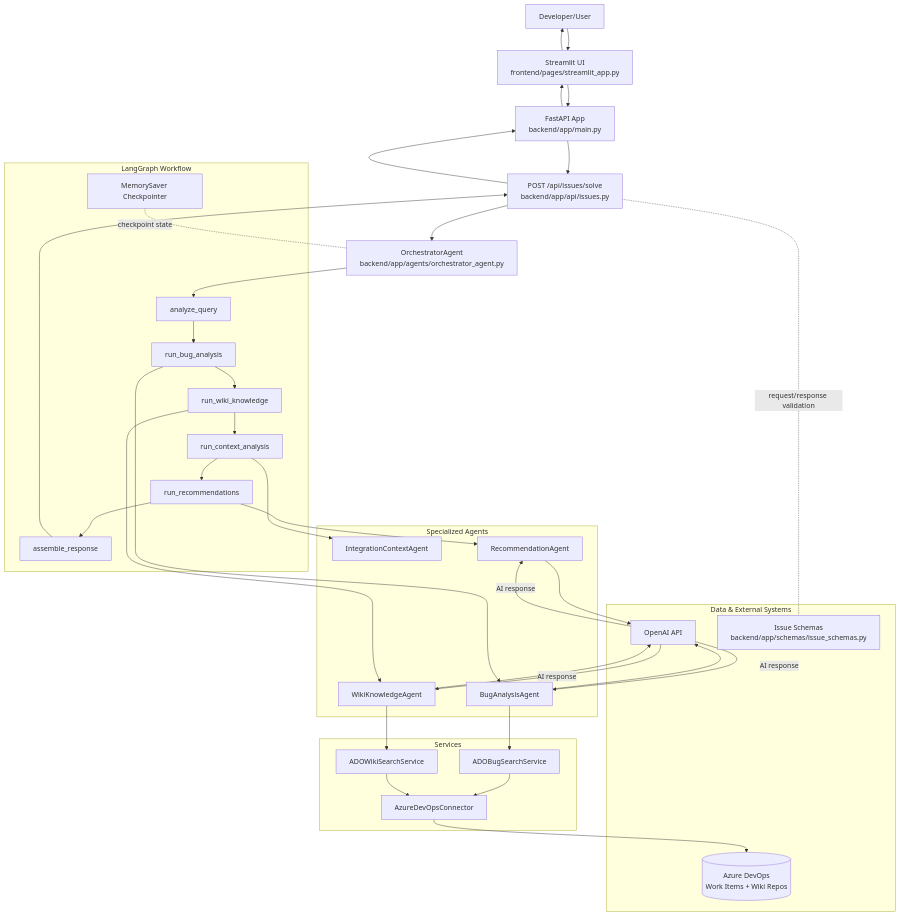
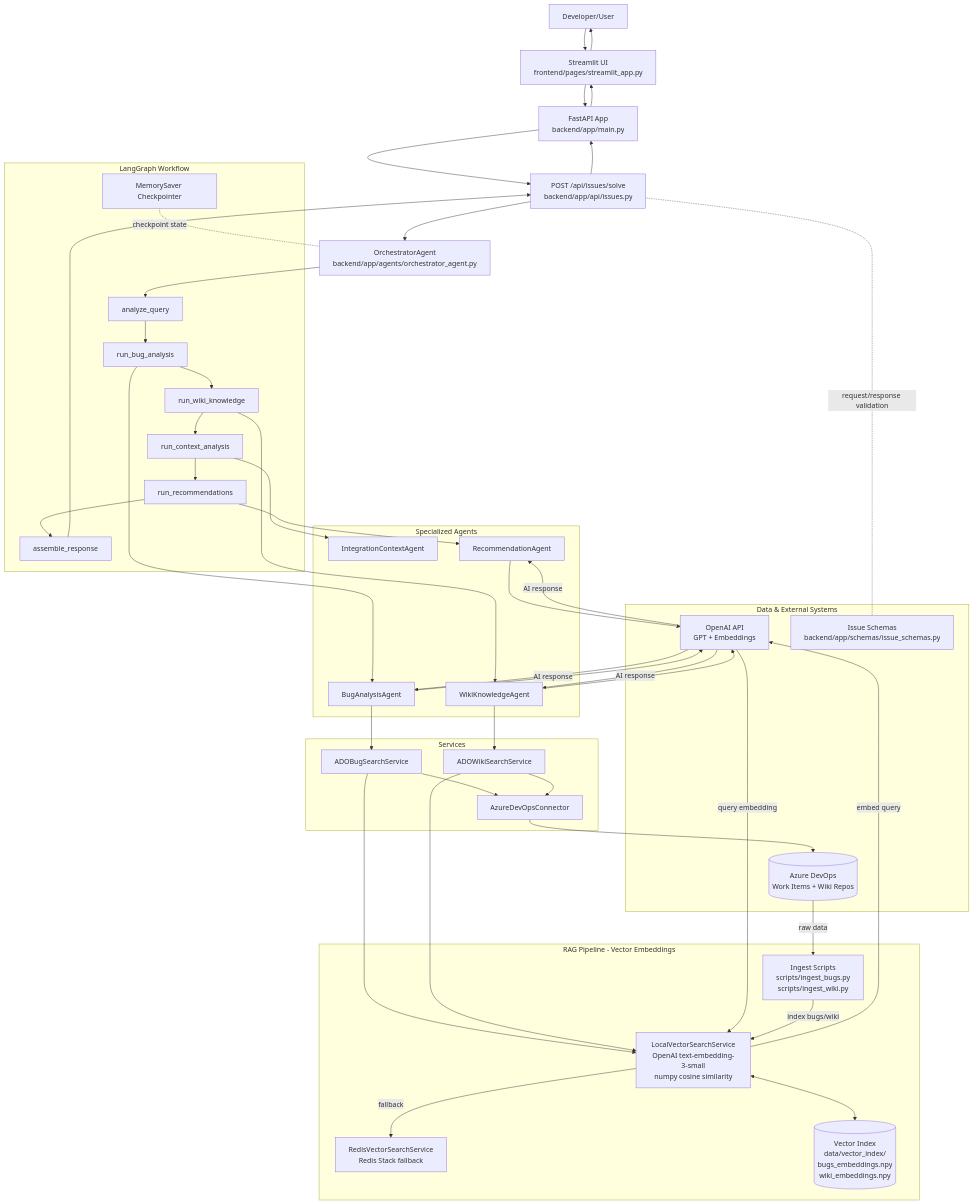
One commit to mbighane/ErrorLens--AI-Powered-Issue-Advisor changed the diagram in README.md. Above: the diagram before and after it, drawn with Mermaid. The commit also changed 1 other file, not shown here.

Commit message:
Add RAG pipeline and vector embeddings to architecture diagram

````diff
--- a/README.md
+++ b/README.md
@@ -168,56 +168,74 @@
 ```mermaid
 graph TB
   U[Developer/User]
   ST[Streamlit UI<br/>frontend/pages/streamlit_app.py]
   API[FastAPI App<br/>backend/app/main.py]
   EP[POST /api/issues/solve<br/>backend/app/api/issues.py]
   ORCH[OrchestratorAgent<br/>backend/app/agents/orchestrator_agent.py]
 
   subgraph LG[LangGraph Workflow]
     N1[analyze_query]
     N2[run_bug_analysis]
     N3[run_wiki_knowledge]
     N4[run_context_analysis]
     N5[run_recommendations]
     N6[assemble_response]
     CP[MemorySaver Checkpointer]
   end
 
   subgraph AG[Specialized Agents]
     BA[BugAnalysisAgent]
     WA[WikiKnowledgeAgent]
     CA[IntegrationContextAgent]
     RA[RecommendationAgent]
   end
 
   subgraph SV[Services]
     BS[ADOBugSearchService]
     WS[ADOWikiSearchService]
     ADOC[AzureDevOpsConnector]
   end
 
+  subgraph RAG[RAG Pipeline - Vector Embeddings]
+    LV[LocalVectorSearchService<br/>OpenAI text-embedding-3-small<br/>numpy cosine similarity]
+    RV[RedisVectorSearchService<br/>Redis Stack fallback]
+    VI[(Vector Index<br/>data/vector_index/<br/>bugs_embeddings.npy<br/>wiki_embeddings.npy)]
+    ING[Ingest Scripts<br/>scripts/ingest_bugs.py<br/>scripts/ingest_wiki.py]
+  end
+
   subgraph DM[Data & External Systems]
     ADO[(Azure DevOps<br/>Work Items + Wiki Repos)]
-    OPENAI[OpenAI API]
+    OPENAI[OpenAI API<br/>GPT + Embeddings]
     SC[Issue Schemas<br/>backend/app/schemas/issue_schemas.py]
   end
 
   U --> ST --> API --> EP --> ORCH
   EP -. request/response validation .- SC
 
   ORCH --> N1 --> N2 --> N3 --> N4 --> N5 --> N6
   CP -. checkpoint state .- ORCH
 
-  N2 --> BA --> BS --> ADOC --> ADO
-  N3 --> WA --> WS --> ADOC
+  N2 --> BA --> BS
+  N3 --> WA --> WS
   N4 --> CA
   N5 --> RA
+
+  BS --> LV
+  WS --> LV
+  LV -- embed query --> OPENAI
+  OPENAI -- query embedding --> LV
+  LV <--> VI
+  LV -- fallback --> RV
+  BS --> ADOC --> ADO
+  WS --> ADOC
+  ING -- index bugs/wiki --> LV
+  ADO -- raw data --> ING
 
   BA --> OPENAI
   WA --> OPENAI
   RA --> OPENAI
   OPENAI -- AI response --> BA
   OPENAI -- AI response --> WA
   OPENAI -- AI response --> RA
   N6 --> EP --> API --> ST --> U
 ```
````
